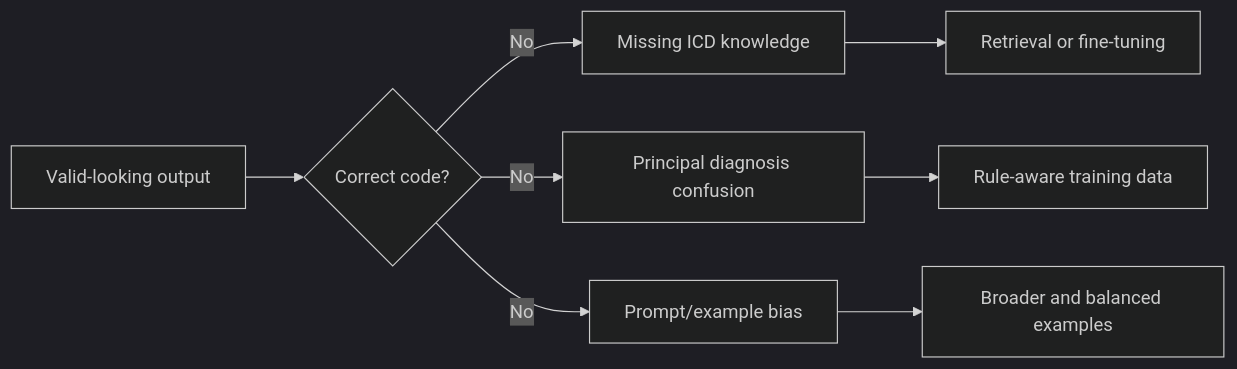
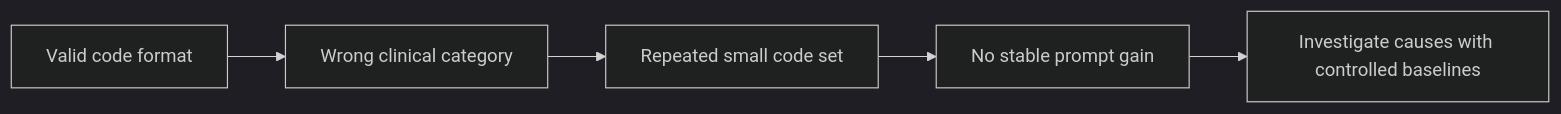
The second of 2 diagrams in projects/icd-coding.md (Kandasorat/Kandasorat), drawn with Mermaid (dark theme) before and after one commit. The commit also changed other lines of this file and 1 other file, not shown here.

Commit message:
docs: clarify ICD coding error analysis

````diff
--- a/projects/icd-coding.md
+++ b/projects/icd-coding.md
@@ -125,10 +133,7 @@
 ```mermaid
 flowchart LR
-    A[Valid-looking output] --> B{Correct code?}
-    B -->|No| C[Missing ICD knowledge]
-    B -->|No| D[Principal diagnosis confusion]
-    B -->|No| E[Prompt/example bias]
-    C --> F[Retrieval or fine-tuning]
-    D --> G[Rule-aware training data]
-    E --> H[Broader and balanced examples]
+    A[Valid code format] --> B[Wrong clinical category]
+    B --> C[Repeated small code set]
+    C --> D[No stable prompt gain]
+    D --> E[Investigate causes with controlled baselines]
 ```
````
